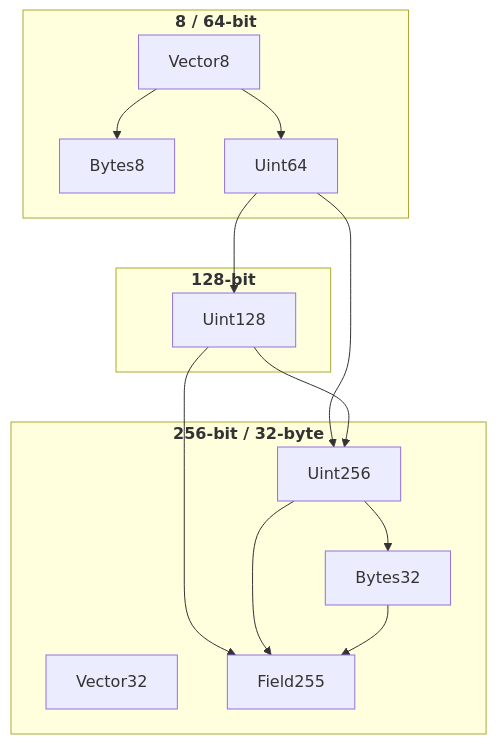
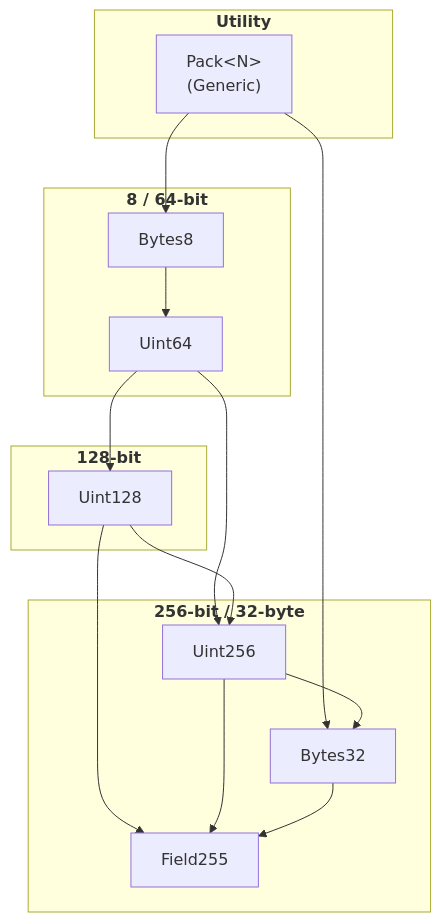
One commit to OpenZeppelin/midnight-apps changed the diagram in contracts/src/math/README.md. Above: the diagram before and after it, drawn with Mermaid. The commit also changed other lines of this file and 16 other files, not shown here.

````diff
--- a/contracts/src/math/README.md
+++ b/contracts/src/math/README.md
@@ -20,29 +20,32 @@
 ```mermaid
 graph TD
+    subgraph "<b>Utility</b>"
+        Pack["Pack&lt;N&gt;<br/>(Generic)"]
+    end
+
     subgraph "<b>8 / 64-bit</b>"
-        Vector8
         Bytes8
         Uint64
     end
 
     subgraph "<b>128-bit</b>"
         Uint128
     end
 
     subgraph "<b>256-bit / 32-byte</b>"
-        Vector32
         Uint256
         Bytes32
         Field255
     end
 
-    Vector8 --> Bytes8
-    Vector8 --> Uint64
+    Pack --> Bytes8
+    Pack --> Bytes32
+    Bytes8 --> Uint64
     Uint64 --> Uint128
     Uint64 --> Uint256
     Uint128 --> Uint256
     Uint128 --> Field255
     Uint256 --> Bytes32
     Uint256 --> Field255
     Bytes32 --> Field255
 ```
````
